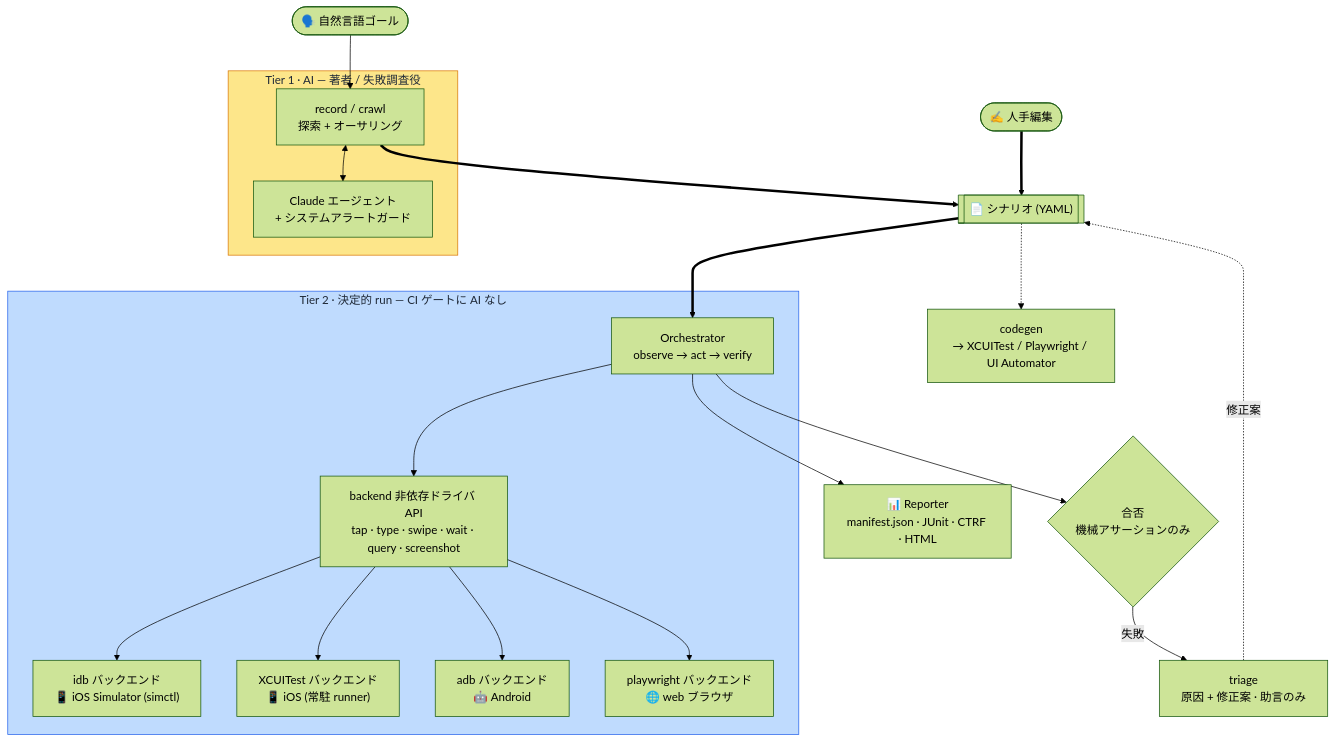
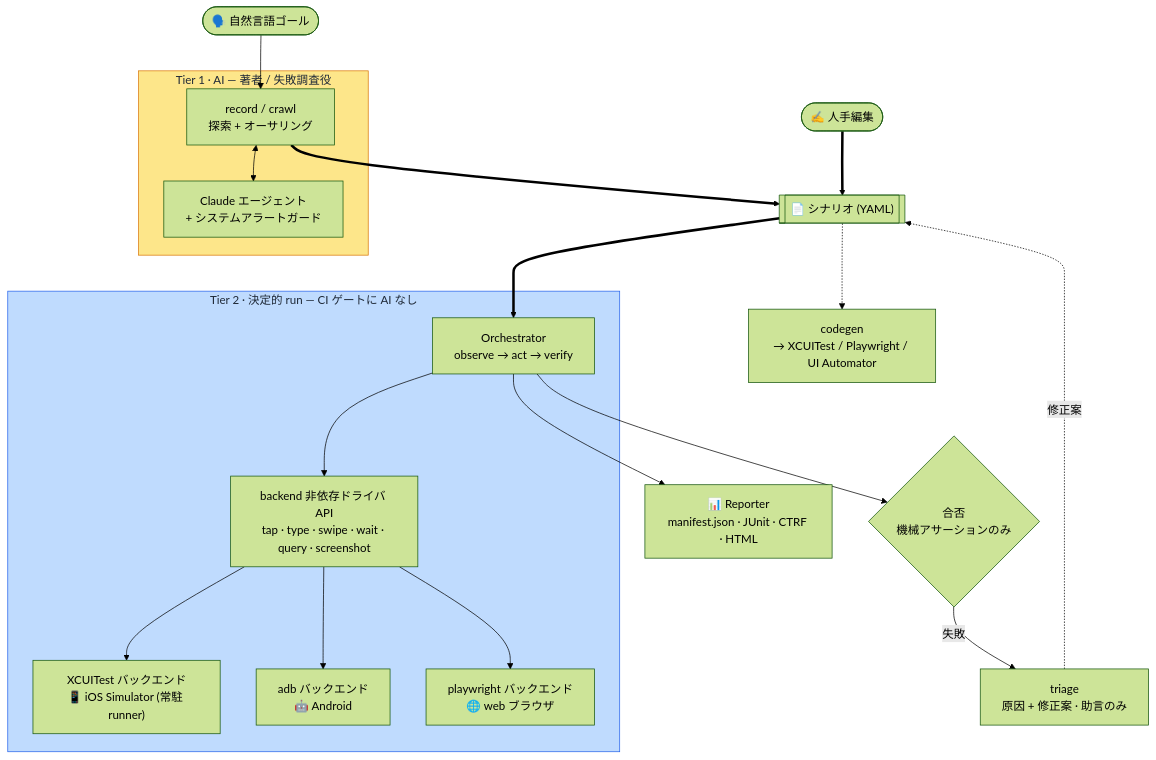
The first of 2 diagrams in docs/ja/architecture.md (bajutsu-e2e/bajutsu), drawn with Mermaid (forest theme) before and after one commit. The commit also changed other lines of this file and 244 other files, not shown here.

First line of the commit message:
feat(ios): make XCUITest the default iOS backend and remove idb

````diff
--- a/docs/ja/architecture.md
+++ b/docs/ja/architecture.md
@@ -24,46 +24,44 @@
 ```mermaid
 flowchart TB
     goal(["🗣️ 自然言語ゴール"])
     hand(["✍️ 人手編集"])
     scenario[["📄 シナリオ (YAML)"]]
 
     subgraph tier1["Tier 1 · AI — 著者 / 失敗調査役"]
         record["record / crawl<br/>探索 + オーサリング"]
         agent["Claude エージェント<br/>+ システムアラートガード"]
         record <--> agent
     end
 
     subgraph tier2["Tier 2 · 決定的 run — CI ゲートに AI なし"]
         orch["Orchestrator<br/>observe → act → verify"]
         driver["backend 非依存ドライバ API<br/>tap · type · swipe · wait · query · screenshot"]
-        idb["idb バックエンド<br/>📱 iOS Simulator (simctl)"]
-        xcuitest["XCUITest バックエンド<br/>📱 iOS (常駐 runner)"]
+        xcuitest["XCUITest バックエンド<br/>📱 iOS Simulator (常駐 runner)"]
         adb["adb バックエンド<br/>🤖 Android"]
         pw["playwright バックエンド<br/>🌐 web ブラウザ"]
         orch --> driver
-        driver --> idb
         driver --> xcuitest
         driver --> adb
         driver --> pw
     end
 
     verdict{"合否<br/>機械アサーションのみ"}
     report["📊 Reporter<br/>manifest.json · JUnit · CTRF · HTML"]
     codegen["codegen<br/>→ XCUITest / Playwright / UI Automator"]
     triage["triage<br/>原因 + 修正案 · 助言のみ"]
 
     goal --> record
     record ==> scenario
     hand ==> scenario
     scenario ==> orch
     scenario -.-> codegen
     orch --> verdict
     orch --> report
     verdict -->|失敗| triage
     triage -.->|修正案| scenario
 
     classDef ai fill:#fde68a,stroke:#d97706,color:#1f2937;
     classDef det fill:#bfdbfe,stroke:#2563eb,color:#1f2937;
     class tier1 ai
     class tier2 det
 ```
````
